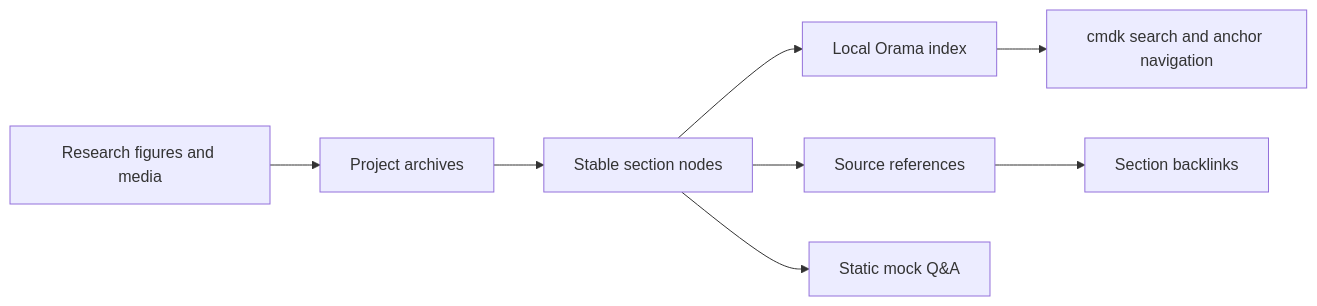
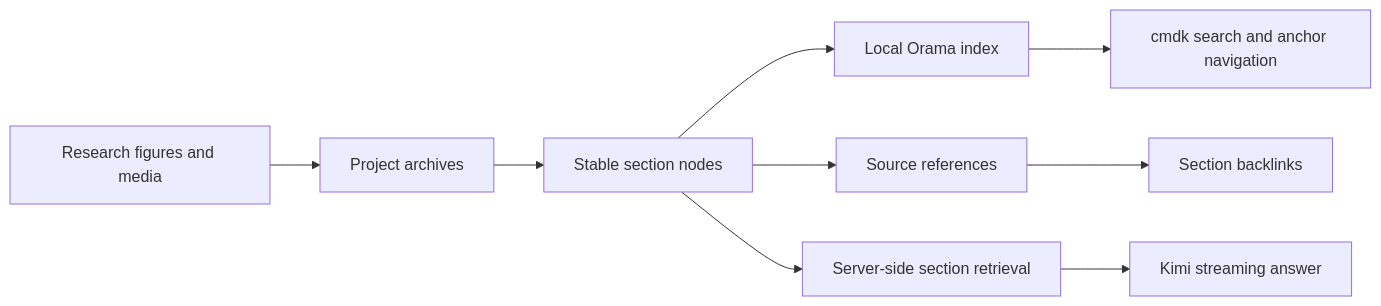
One commit to G1antBot/knowledge-atlas changed the diagram in README.md. Above: the diagram before and after it, drawn with Mermaid. The commit also changed other lines of this file and 10 other files, not shown here.

````diff
--- a/README.md
+++ b/README.md
@@ -61,10 +61,11 @@
 ```mermaid
 flowchart LR
   A[Project archives] --> B[Stable section nodes]
   B --> C[Local Orama index]
   C --> D[cmdk search and anchor navigation]
   B --> E[Source references]
   E --> F[Section backlinks]
-  B --> G[Static mock Q&A]
+  B --> G[Server-side section retrieval]
+  G --> I[Kimi streaming answer]
   H[Research figures and media] --> A
 ```
````
